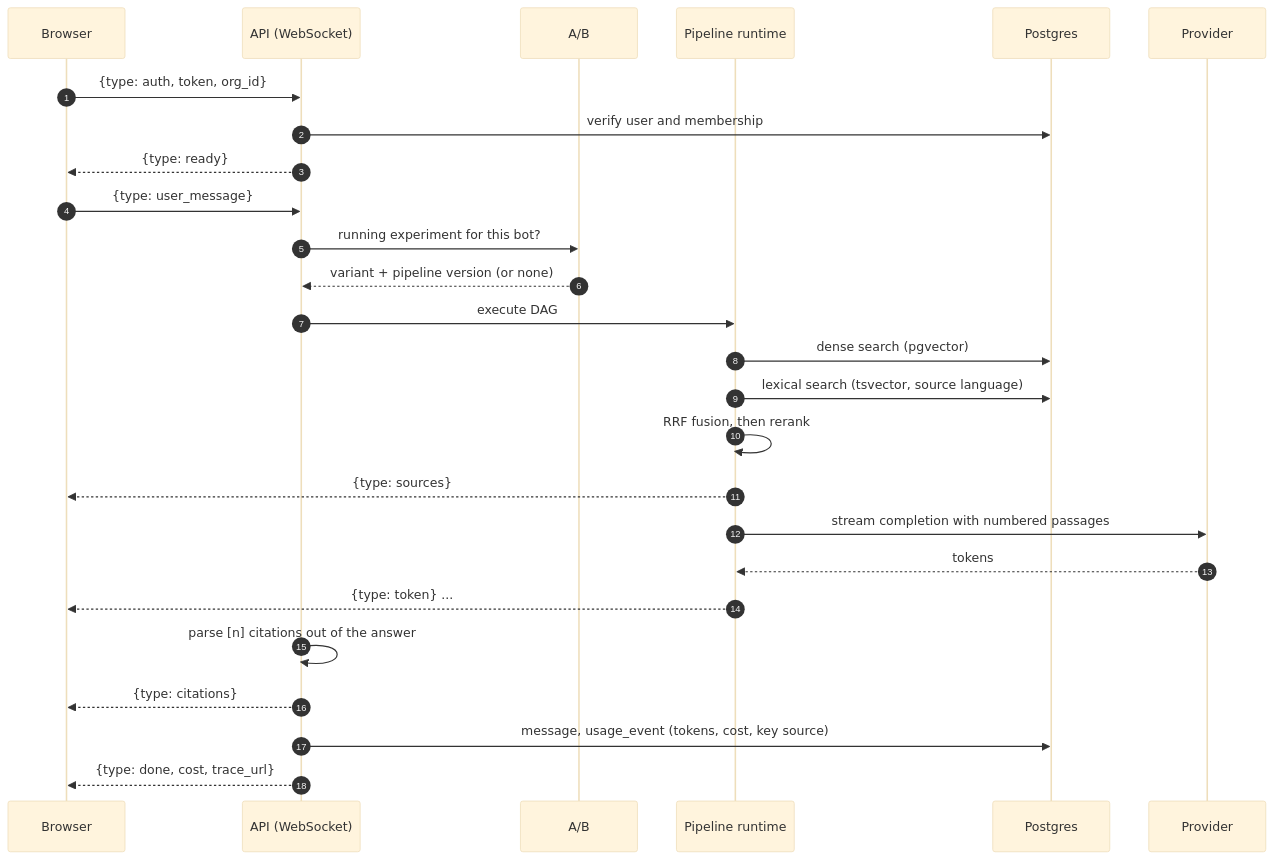
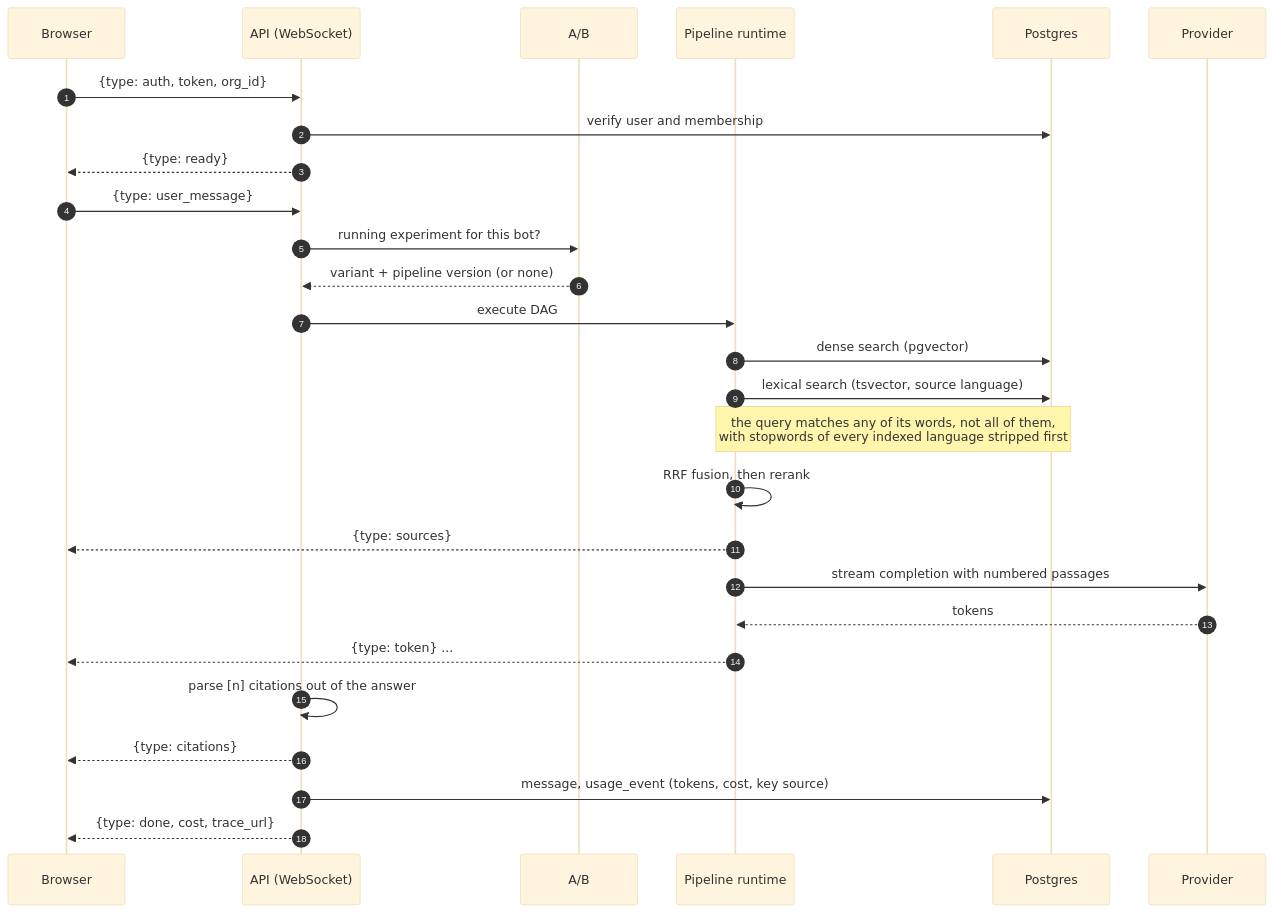
One commit to zk2/zk2-rag-platform changed the fourth of 5 diagrams in docs/architecture.md. Above: the diagram before and after it, drawn with Mermaid (base theme). The commit also changed other lines of this file and 1 other file, not shown here.

````diff
--- a/docs/architecture.md
+++ b/docs/architecture.md
@@ -98,29 +98,30 @@
 ```mermaid
 sequenceDiagram
   autonumber
   participant U as Browser
   participant A as API (WebSocket)
   participant AB as A/B
   participant P as Pipeline runtime
   participant DB as Postgres
   participant L as Provider
 
   U->>A: {type: auth, token, org_id}
   A->>DB: verify user and membership
   A-->>U: {type: ready}
   U->>A: {type: user_message}
   A->>AB: running experiment for this bot?
   AB-->>A: variant + pipeline version (or none)
   A->>P: execute DAG
   P->>DB: dense search (pgvector)
   P->>DB: lexical search (tsvector, source language)
+  Note over P,DB: the query matches any of its words, not all of them,<br/>with stopwords of every indexed language stripped first
   P->>P: RRF fusion, then rerank
   P-->>U: {type: sources}
   P->>L: stream completion with numbered passages
   L-->>P: tokens
   P-->>U: {type: token} ...
   A->>A: parse [n] citations out of the answer
   A-->>U: {type: citations}
   A->>DB: message, usage_event (tokens, cost, key source)
   A-->>U: {type: done, cost, trace_url}
 ```
````
